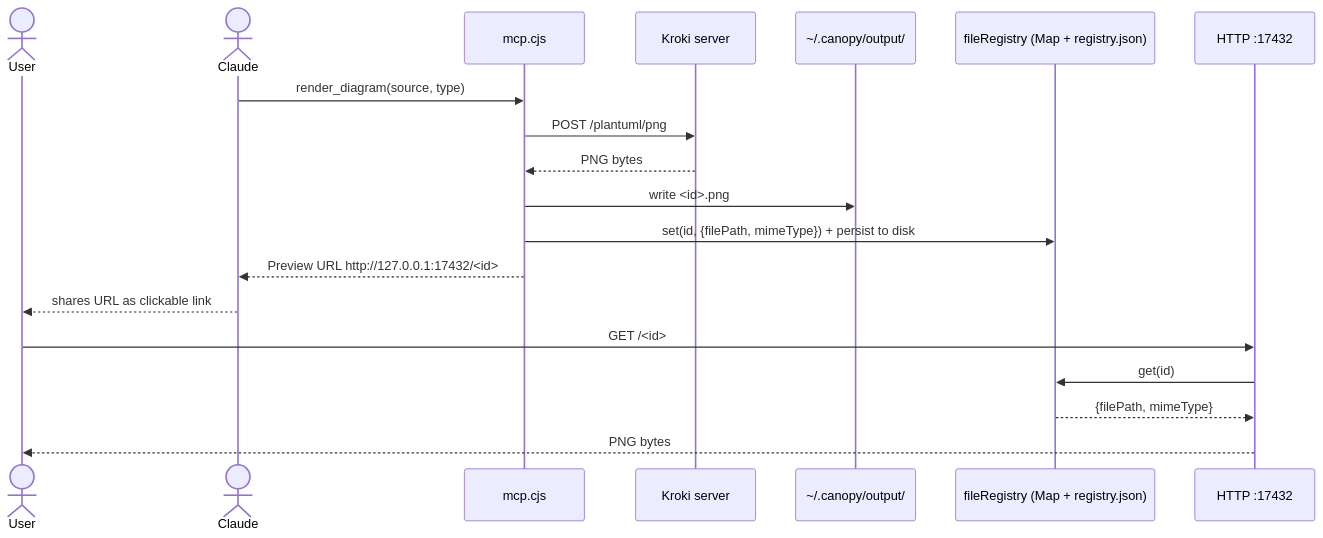
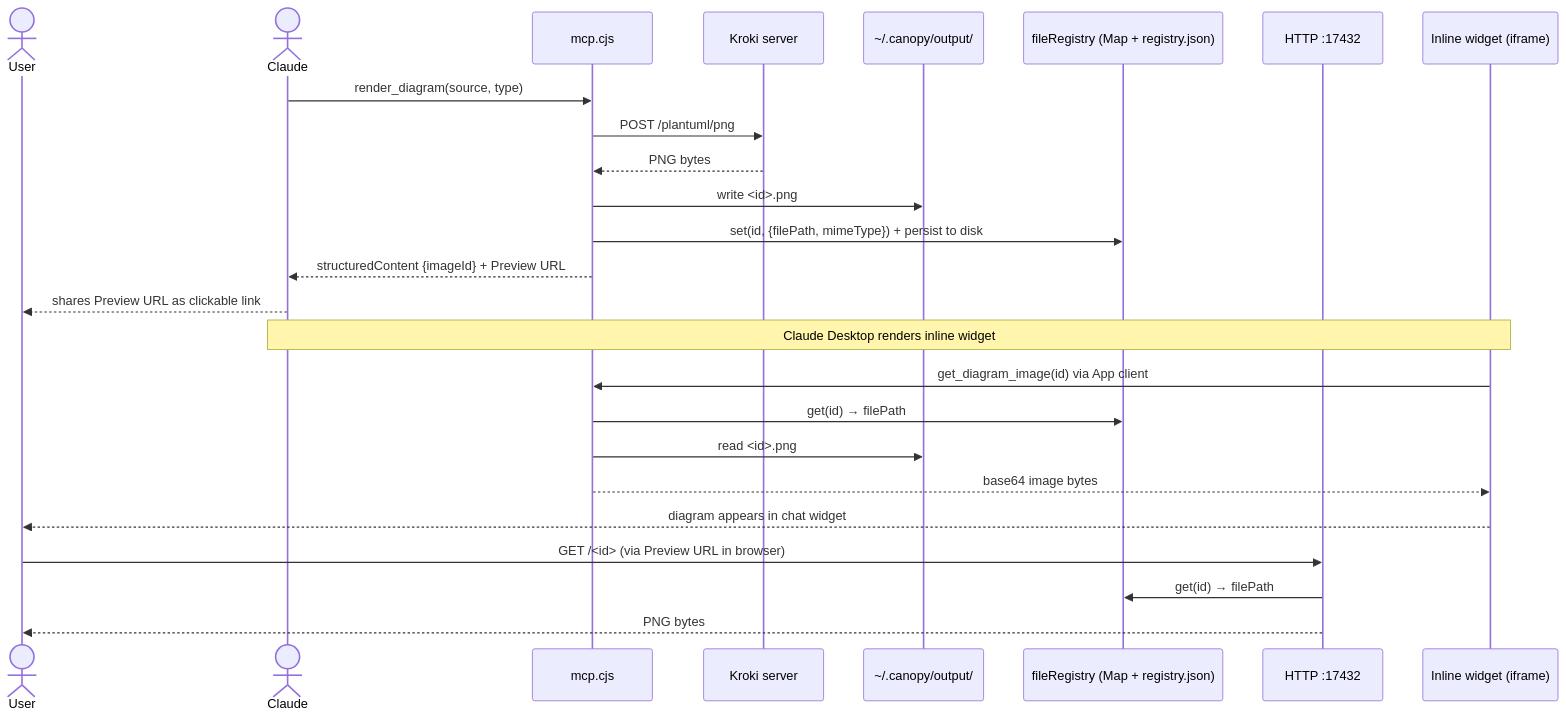
One commit to Dev-Dipesh/canopy changed the second of 2 diagrams in src/public/architecture.md. Above: the diagram before and after it, drawn with Mermaid. The commit also changed other lines of this file and 5 other files, not shown here.

First line of the commit message:
docs: add screenshots, problem statement, and update architecture

````diff
--- a/src/public/architecture.md
+++ b/src/public/architecture.md
@@ -61,22 +70,31 @@
 ```mermaid "mcp-flow"
 sequenceDiagram
     actor User
     actor Claude
     participant MCP as mcp.cjs
     participant Kroki as Kroki server
     participant Store as ~/.canopy/output/
     participant Reg as fileRegistry (Map + registry.json)
     participant HTTP as HTTP :17432
+    participant Widget as Inline widget (iframe)
 
     Claude->>MCP: render_diagram(source, type)
     MCP->>Kroki: POST /plantuml/png
     Kroki-->>MCP: PNG bytes
     MCP->>Store: write <id>.png
     MCP->>Reg: set(id, {filePath, mimeType}) + persist to disk
-    MCP-->>Claude: Preview URL http://127.0.0.1:17432/<id>
-    Claude-->>User: shares URL as clickable link
-    User->>HTTP: GET /<id>
-    HTTP->>Reg: get(id)
-    Reg-->>HTTP: {filePath, mimeType}
+    MCP-->>Claude: structuredContent {imageId} + Preview URL
+
+    Claude-->>User: shares Preview URL as clickable link
+
+    Note over Claude,Widget: Claude Desktop renders inline widget
+    Widget->>MCP: get_diagram_image(id) via App client
+    MCP->>Reg: get(id) → filePath
+    MCP->>Store: read <id>.png
+    MCP-->>Widget: base64 image bytes
+    Widget-->>User: diagram appears in chat widget
+
+    User->>HTTP: GET /<id> (via Preview URL in browser)
+    HTTP->>Reg: get(id) → filePath
     HTTP-->>User: PNG bytes
 ```
````
